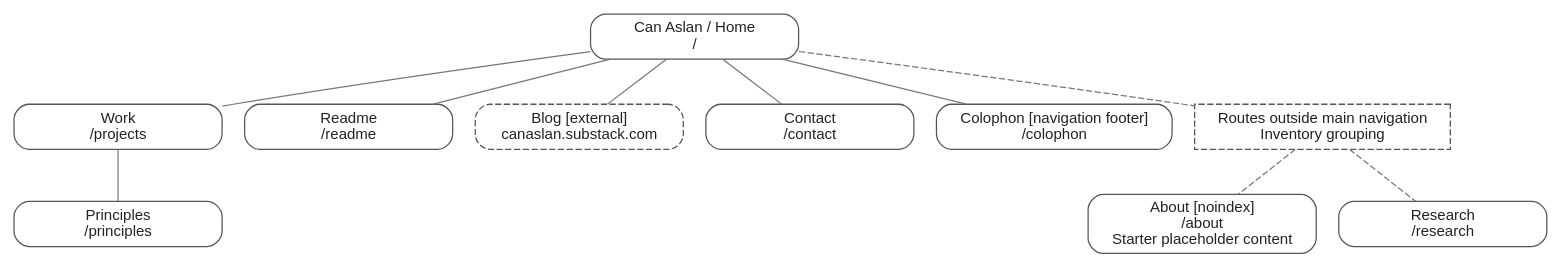
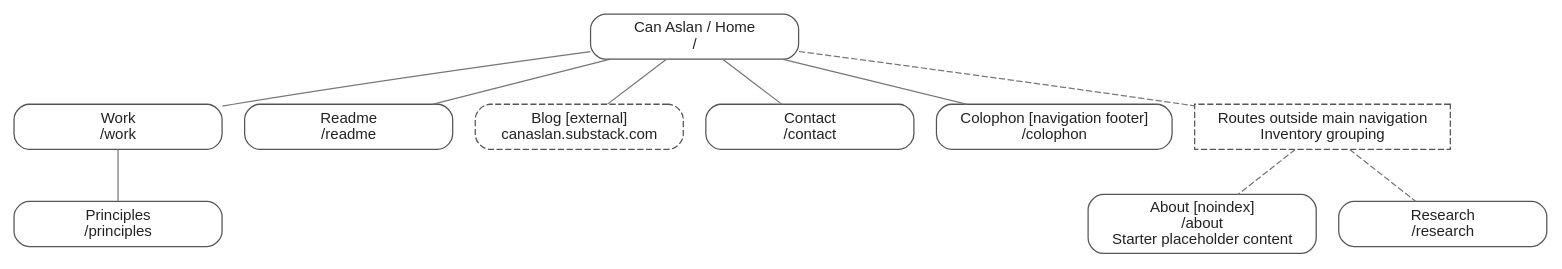
Before and after one commit to canaslan/canaslan.com: the diagram in docs/sitemap.dot, drawn with Graphviz. The commit also changed 9 other files, not shown here.

```diff
--- a/docs/sitemap.dot
+++ b/docs/sitemap.dot
@@ -1,34 +1,34 @@
 // Can Aslan — launch sitemap, updated 2026-11-05.
 // Services overview and detail routes are deferred and excluded from this release.
 // Import by dragging this file onto OmniGraffle's Dock icon.
 // Solid lines: navigation hierarchy (not URL nesting).
 // Dashed lines: inventory grouping; not navigation links.
 // Labels explicitly identify external destinations and placeholder content.
 digraph CanAslanSitemap {
   rankdir=TB;
   node [shape=box, fontname="Helvetica", fontsize=12, style="rounded", color="#555555", fontcolor="#222222", width=2.3];
   edge [color="#777777", arrowhead=none];
 
   home [label="Can Aslan / Home\n/", URL="https://canaslan.com/"];
-  work [label="Work\n/projects", URL="https://canaslan.com/projects/"];
+  work [label="Work\n/work", URL="https://canaslan.com/work/"];
   principles [label="Principles\n/principles", URL="https://canaslan.com/principles/"];
   readme [label="Readme\n/readme", URL="https://canaslan.com/readme/"];
   blog [label="Blog [external]\ncanaslan.substack.com", style="rounded,dashed", URL="https://canaslan.substack.com/"];
   contact [label="Contact\n/contact", URL="https://canaslan.com/contact/"];
   colophon [label="Colophon [navigation footer]\n/colophon", URL="https://canaslan.com/colophon/"];
 
   unlisted [label="Routes outside main navigation\nInventory grouping", shape=box, style=dashed];
   about [label="About [noindex]\n/about\nStarter placeholder content", URL="https://canaslan.com/about/"];
   research [label="Research\n/research", URL="https://canaslan.com/research/"];
 
   home -> work;
   home -> readme;
   home -> blog;
   home -> contact;
   home -> colophon;
   work -> principles;
 
   home -> unlisted [style=dashed];
   unlisted -> about [style=dashed];
   unlisted -> research [style=dashed];
 }
```
